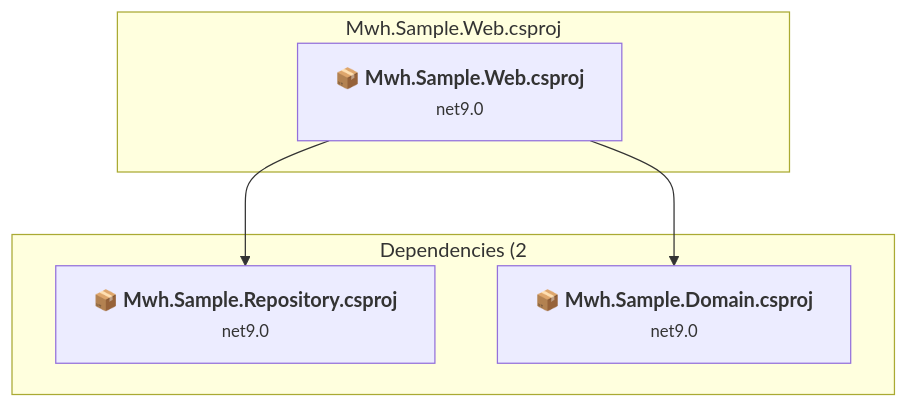
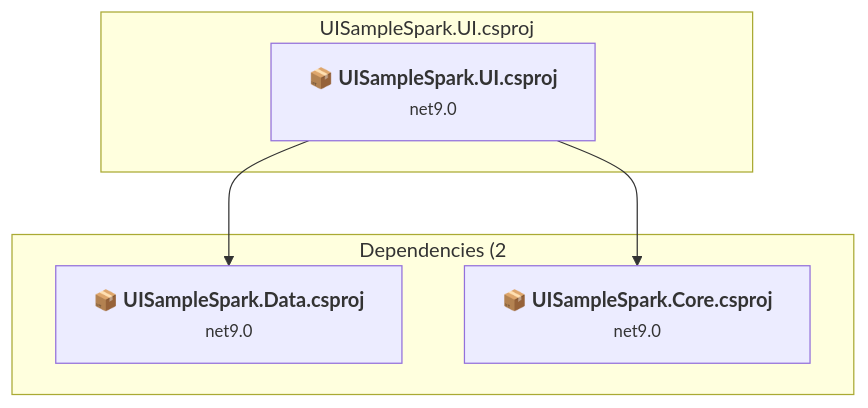
One commit to markhazleton/SampleMvcCRUD changed the eighth of 8 diagrams in .documentation/copilot/archive/upgrades/assessment.md. Above: the diagram before and after it, drawn with Mermaid. The commit also changed other lines of this file and 393 other files, not shown here.

First line of the commit message:
feat: Rebrand to UISampleSpark with modernized project structure

````diff
--- a/.documentation/copilot/archive/upgrades/assessment.md
+++ b/.documentation/copilot/archive/upgrades/assessment.md
@@ -352,16 +352,16 @@
 ```mermaid
 flowchart TB
-    subgraph current["Mwh.Sample.Web.csproj"]
-        MAIN["<b>📦&nbsp;Mwh.Sample.Web.csproj</b><br/><small>net9.0</small>"]
-        click MAIN "#mwhsamplewebmwhsamplewebcsproj"
+    subgraph current["UISampleSpark.UI.csproj"]
+        MAIN["<b>📦&nbsp;UISampleSpark.UI.csproj</b><br/><small>net9.0</small>"]
+        click MAIN "#uisamplesparkuisamplesparkcsproj"
     end
     subgraph downstream["Dependencies (2"]
-        P4["<b>📦&nbsp;Mwh.Sample.Repository.csproj</b><br/><small>net9.0</small>"]
-        P2["<b>📦&nbsp;Mwh.Sample.Domain.csproj</b><br/><small>net9.0</small>"]
-        click P4 "#mwhsamplerepositorymwhsamplerepositorycsproj"
-        click P2 "#mwhsampledomainmwhsampledomaincsproj"
+        P4["<b>📦&nbsp;UISampleSpark.Data.csproj</b><br/><small>net9.0</small>"]
+        P2["<b>📦&nbsp;UISampleSpark.Core.csproj</b><br/><small>net9.0</small>"]
+        click P4 "#uisamplesparkdatacsproj"
+        click P2 "#uisamplesparkcorecsproj"
     end
     MAIN --> P4
     MAIN --> P2
 
 ```
````
